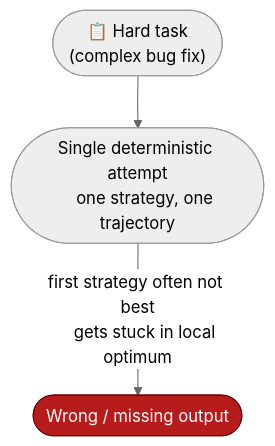
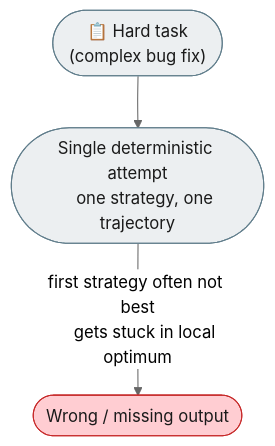
Before and after one commit to michaelatamuk/agentic-desk: the first of 3 diagrams in docs-michael/issues/02-feat-multi-rollout.md, drawn with Mermaid (neutral theme). The commit also changed other lines of this file and 6 other files, not shown here.

````diff
--- a/docs-michael/issues/02-feat-multi-rollout.md
+++ b/docs-michael/issues/02-feat-multi-rollout.md
@@ -27,13 +27,14 @@
 ```mermaid
 flowchart TD
-    classDef fail fill:#B71C1C,color:#fff,stroke:#6f0000
+    classDef fail  fill:#FFCDD2,color:#1a1a1a,stroke:#C62828
+    classDef plain fill:#ECEFF1,color:#1a1a1a,stroke:#607D8B
 
     T(["📋 Hard task
-    (complex bug fix)"])
+    (complex bug fix)"]):::plain
 
     T --> ONE(["Single deterministic attempt
-    one strategy, one trajectory"])
+    one strategy, one trajectory"]):::plain
 
     ONE -->|"first strategy often not best
     gets stuck in local optimum"| FAIL(["Wrong / missing output"]):::fail
 ```
````
